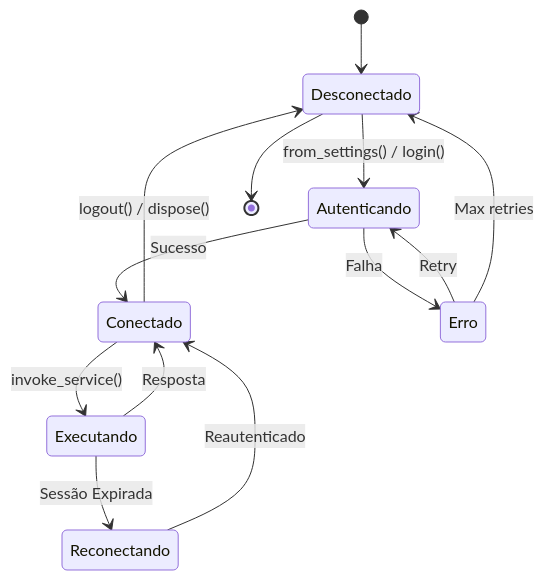
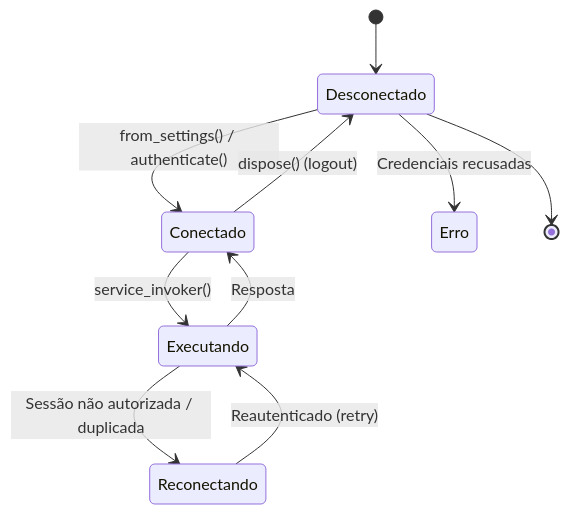
One commit to ssmvictor/Sankhya-SDK-python changed the first of 5 diagrams in docs/core-concepts/session-management.md. Above: the diagram before and after it, drawn with Mermaid. The commit also changed other lines of this file and 1 other file, not shown here.

````diff
--- a/docs/core-concepts/session-management.md
+++ b/docs/core-concepts/session-management.md
@@ -16,15 +20,12 @@
 ```mermaid
 stateDiagram-v2
     [*] --> Desconectado
-    Desconectado --> Autenticando: from_settings() / login()
-    Autenticando --> Conectado: Sucesso
-    Autenticando --> Erro: Falha
-    Erro --> Autenticando: Retry
-    Erro --> Desconectado: Max retries
-    Conectado --> Executando: invoke_service()
+    Desconectado --> Conectado: from_settings() / authenticate()
+    Desconectado --> Erro: Credenciais recusadas
+    Conectado --> Executando: service_invoker()
     Executando --> Conectado: Resposta
-    Executando --> Reconectando: Sessão Expirada
-    Reconectando --> Conectado: Reautenticado
-    Conectado --> Desconectado: logout() / dispose()
+    Executando --> Reconectando: Sessão não autorizada / duplicada
+    Reconectando --> Executando: Reautenticado (retry)
+    Conectado --> Desconectado: dispose() (logout)
     Desconectado --> [*]
 ```
````
